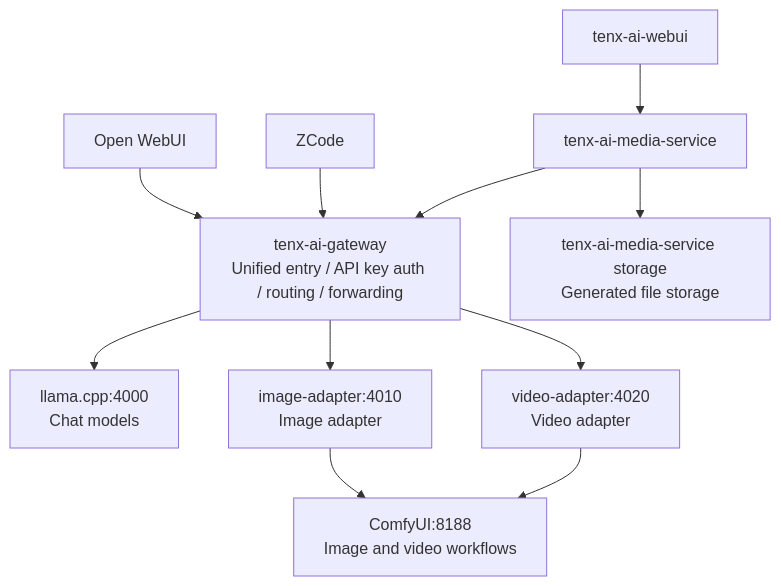
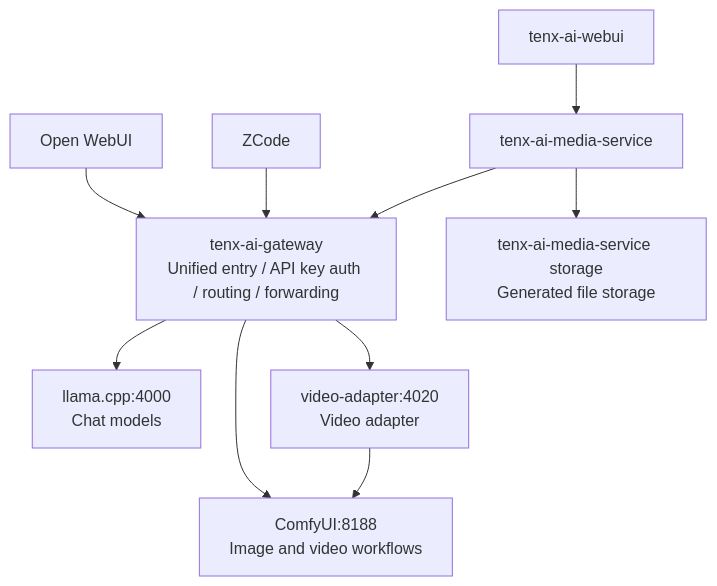
One commit to doudouli103-dot/tenx-ai-gateway changed the diagram in README.md. Above: the diagram before and after it, drawn with Mermaid. The commit also changed other lines of this file and 13 other files, not shown here.

````diff
--- a/README.md
+++ b/README.md
@@ -47,29 +47,27 @@
 ```mermaid
 flowchart TD
     A1[Open WebUI]
     A2[ZCode]
     A3[tenx-ai-media-service]
     A4[tenx-ai-webui]
 
     G[tenx-ai-gateway<br/>Unified entry / API key auth / routing / forwarding]
 
     T[llama.cpp:4000<br/>Chat models]
-    IA[image-adapter:4010<br/>Image adapter]
     VA[video-adapter:4020<br/>Video adapter]
     C[ComfyUI:8188<br/>Image and video workflows]
     S[tenx-ai-media-service storage<br/>Generated file storage]
 
     A1 --> G
     A2 --> G
     A4 --> A3
     A3 --> G
 
     G --> T
-    G --> IA
+    G --> C
     G --> VA
 
-    IA --> C
     VA --> C
 
     A3 --> S
 ```
````
